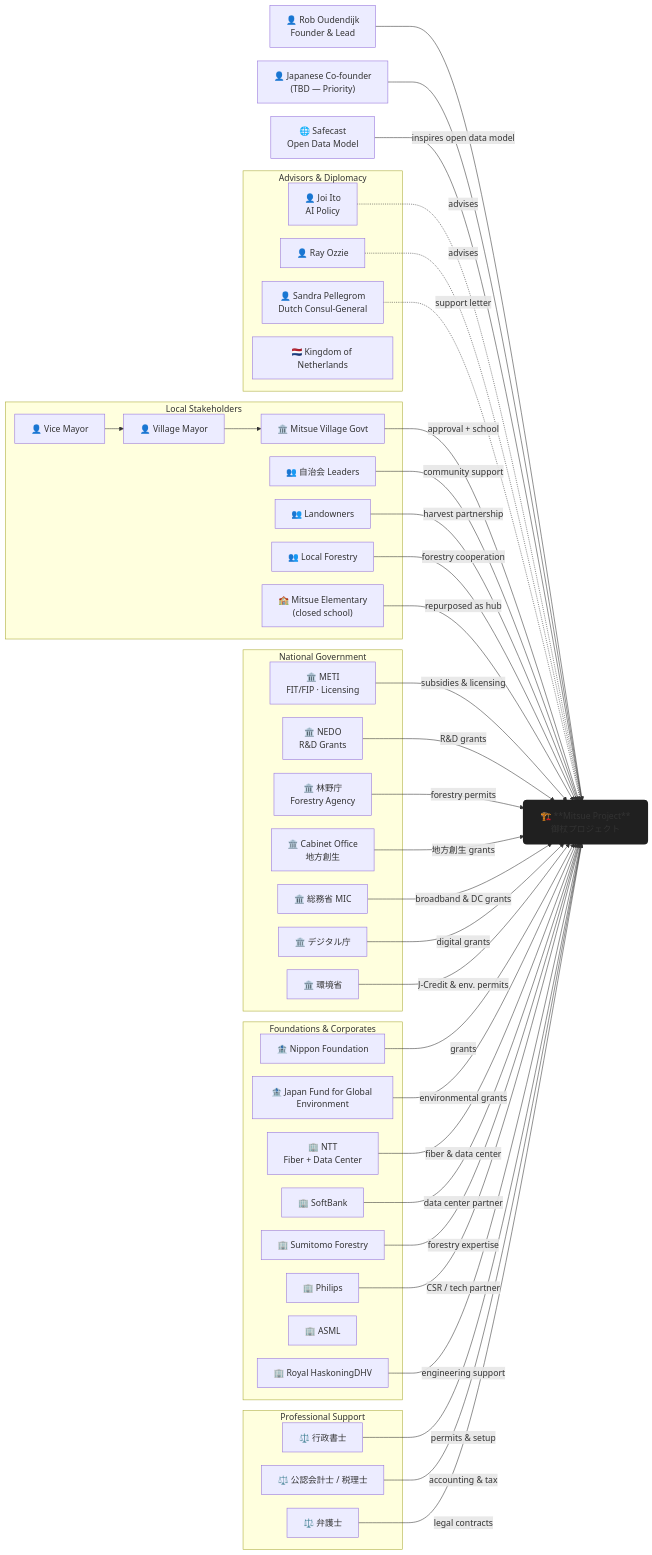
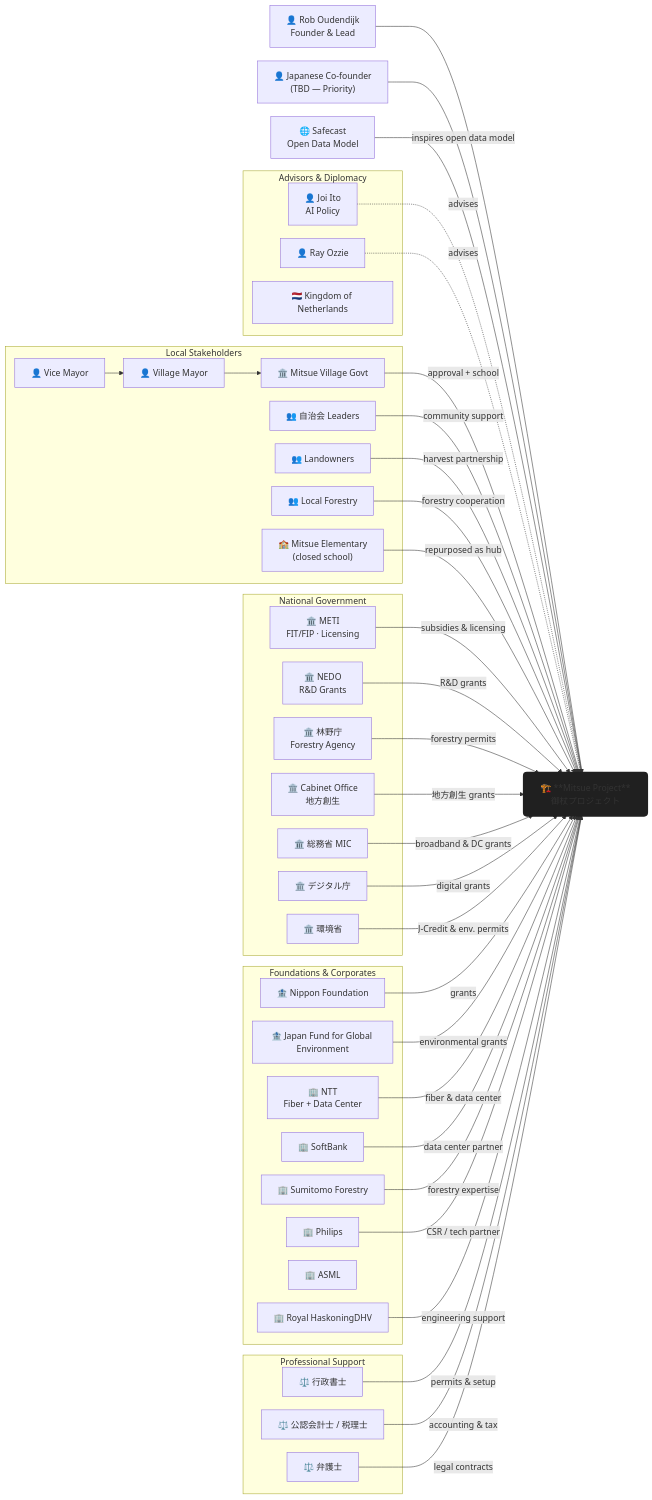
One commit to robouden/mitsue-ai-data-center changed the diagram in mitsue_stakeholders.md. Above: the diagram before and after it, drawn with Mermaid. The commit also changed other lines of this file and 7 other files, not shown here.

First line of the commit message:
docs: remove all references to Dutch Consul General (Sandra Pellegrom) support

```diff
--- a/mitsue_stakeholders.md
+++ b/mitsue_stakeholders.md
@@ -105,7 +104,6 @@
     subgraph Advisors["Advisors & Diplomacy"]
         JOI["👤 Joi Ito\nAI Policy"]
         RAY["👤 Ray Ozzie"]
-        CONSUL["👤 Sandra Pellegrom\nDutch Consul-General"]
         NL["🇳🇱 Kingdom of Netherlands"]
     end
 
@@ -156,8 +154,6 @@
 
     JOI -.->|"advises"| PROJ
     RAY -.->|"advises"| PROJ
-    CONSUL -.->|"support letter"| PROJ
-
     VILLAGE -->|"approval + school"| PROJ
     MAYOR --> VILLAGE
     VMAYOR --> MAYOR
```
